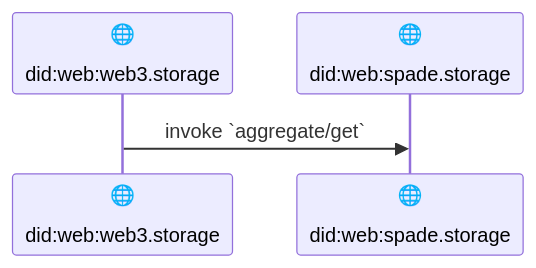
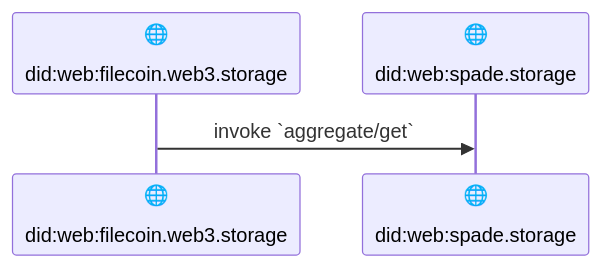
Before and after one commit to storacha/specs: the fifth of 5 diagrams in w3-aggregation.md, drawn with Mermaid. The commit also changed other lines of this file and 1 other file, not shown here.

Commit message:
feat: aggregation spec with storefront and aggregator roles

````diff
--- a/w3-aggregation.md
+++ b/w3-aggregation.md
@@ -102,7 +139,7 @@
 ```mermaid
 sequenceDiagram
-participant Storefront as 🌐<br/><br/>did:web:web3.storage
-    participant Authority as 🌐<br/><br/>did:web:spade.storage
+participant Storefront as 🌐<br/><br/>did:web:filecoin.web3.storage
+    participant Broker as 🌐<br/><br/>did:web:spade.storage
 
-    Storefront->>Authority: invoke `aggregate/get`
+    Storefront->>Broker: invoke `aggregate/get`
 ```
````
